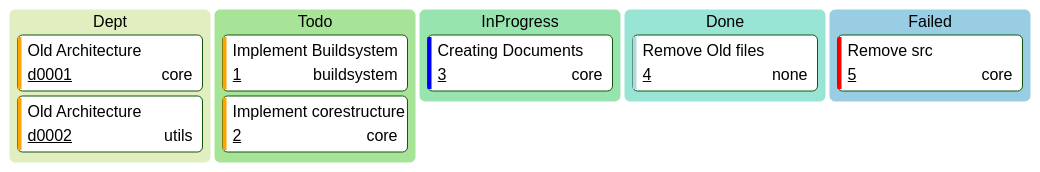
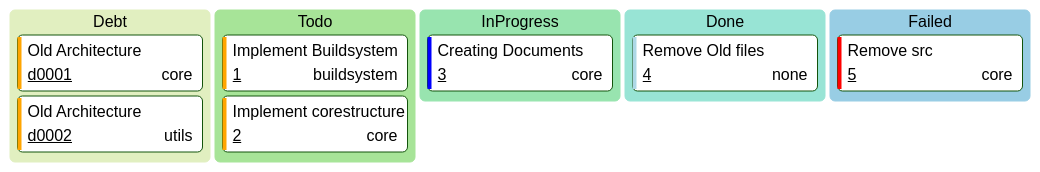
The third of 3 diagrams in README.md (MaximilianMayr94/skills), drawn with Mermaid (forest theme) before and after one commit. The commit also changed other lines of this file and 20 other files, not shown here.

````diff
--- a/README.md
+++ b/README.md
@@ -68,21 +68,21 @@
 ```mermaid
 ---
 config:
   kanban:
     ticketBaseUrl: 'https://mermaidchart.atlassian.net/browse/#TICKET#'
 ---
 kanban
-  Dept
+  Debt
     a[Old Architecture]@{ ticket: d0001, assigned: 'core', priority: 'High' }
     a[Old Architecture]@{ ticket: d0002, assigned: 'utils', priority: 'High' }
   Todo
     a[Implement Buildsystem]@{ ticket: 0001, assigned: 'buildsystem', priority: 'High' }
     a[Implement corestructure]@{ ticket: 0002, assigned: 'core', priority: 'High' }
   InProgress
     a[Creating Documents]@{ ticket: 0003, assigned: 'core', priority: 'Low' }
   Done
     a[Remove Old files]@{ ticket: 0004, assigned: 'none', priority: 'Very Low' }
   Failed
     a[Remove src]@{ ticket: 0005, assigned: 'core', priority: 'Very High' }
 
 ```
````
